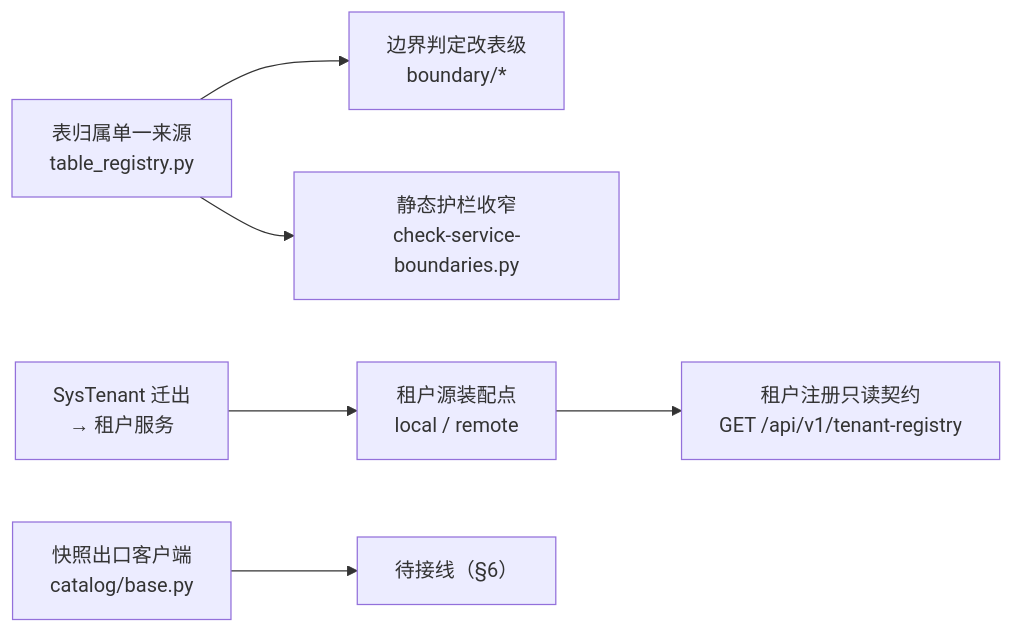
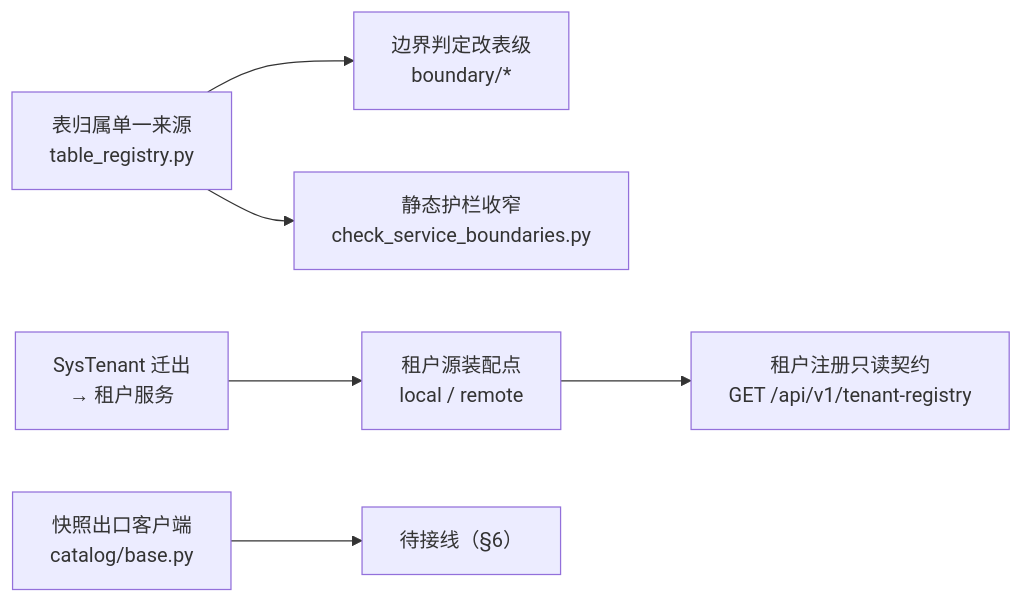
Before and after one commit to minjian123/basic-management-system: the diagram in bms文档/项目/02_后端基座与服务化地基/任务/06_数据拓扑升级/06_数据拓扑升级_03_平台层表归属与按服务拆分/实施/03_实施_01_平台层表归属与按服务拆分.md, drawn with Mermaid. The commit also changed other lines of this file and 919 other files, not shown here.

````diff
--- a/bms文档/项目/02_后端基座与服务化地基/任务/06_数据拓扑升级/06_数据拓扑升级_03_平台层表归属与按服务拆分/实施/03_实施_01_平台层表归属与按服务拆分.md
+++ b/bms文档/项目/02_后端基座与服务化地基/任务/06_数据拓扑升级/06_数据拓扑升级_03_平台层表归属与按服务拆分/实施/03_实施_01_平台层表归属与按服务拆分.md
@@ -20,8 +20,8 @@
 ```mermaid
 flowchart LR
     A["表归属单一来源<br/>table_registry.py"] --> B["边界判定改表级<br/>boundary/*"]
-    A --> C["静态护栏收窄<br/>check-service-boundaries.py"]
+    A --> C["静态护栏收窄<br/>check_service_boundaries.py"]
     D["SysTenant 迁出<br/>→ 租户服务"] --> E["租户源装配点<br/>local / remote"]
     E --> F["租户注册只读契约<br/>GET /api/v1/tenant-registry"]
     G["快照出口客户端<br/>catalog/base.py"] --> H["待接线（§6）"]
 ```
````
